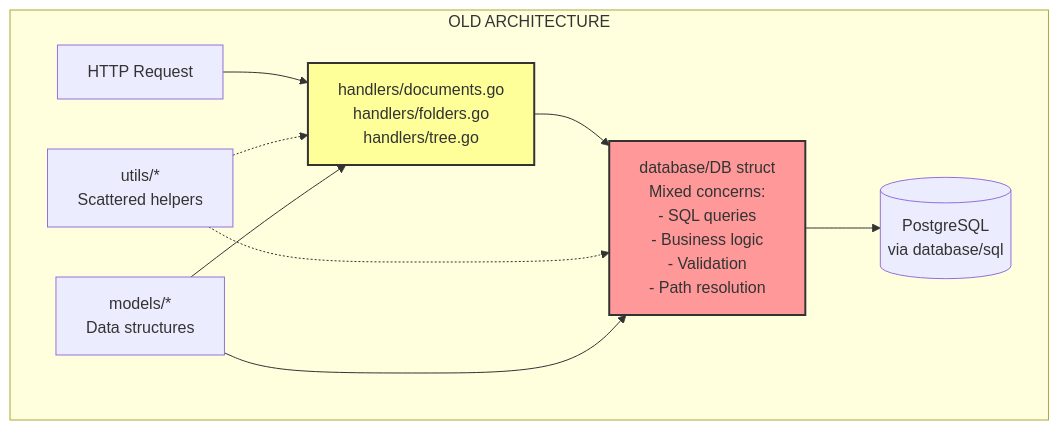
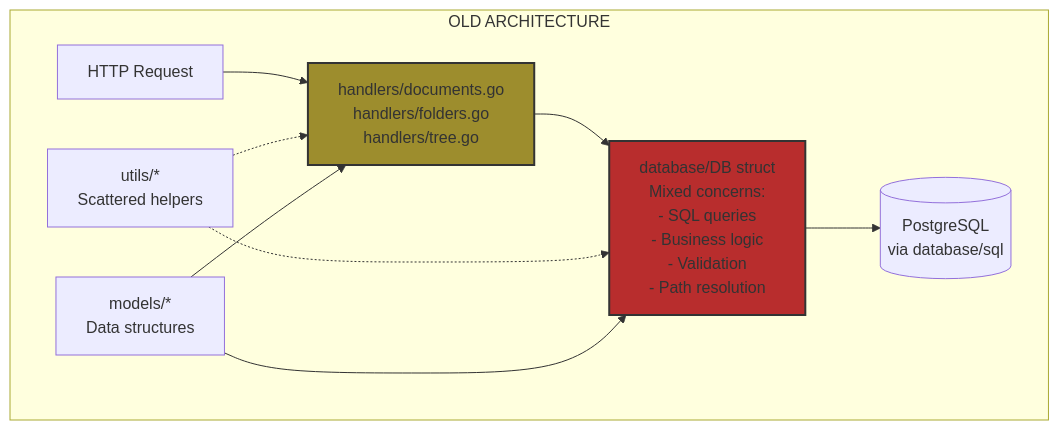
One commit to haowjy/meridian changed the first of 13 diagrams in _docs/technical/backend/clean-architecture-guide.md. Above: the diagram before and after it, drawn with Mermaid. The commit also changed other lines of this file and 40 other files, not shown here.

````diff
--- a/_docs/technical/backend/clean-architecture-guide.md
+++ b/_docs/technical/backend/clean-architecture-guide.md
@@ -33,15 +33,15 @@
 ```mermaid
 graph TB
     subgraph "OLD ARCHITECTURE"
         HTTP[HTTP Request] --> Handler[handlers/documents.go<br/>handlers/folders.go<br/>handlers/tree.go]
         Handler --> DB[database/DB struct<br/>Mixed concerns:<br/>- SQL queries<br/>- Business logic<br/>- Validation<br/>- Path resolution]
         DB --> PG[(PostgreSQL<br/>via database/sql)]
         Utils[utils/*<br/>Scattered helpers] -.-> Handler
         Utils -.-> DB
         Models[models/*<br/>Data structures] --> Handler
         Models --> DB
     end
 
-    style DB fill:#f99,stroke:#333,stroke-width:2px
-    style Handler fill:#ff9,stroke:#333,stroke-width:2px
+    style DB fill:#b82d2d,stroke:#333,stroke-width:2px
+    style Handler fill:#9d8d2d,stroke:#333,stroke-width:2px
 ```
````
